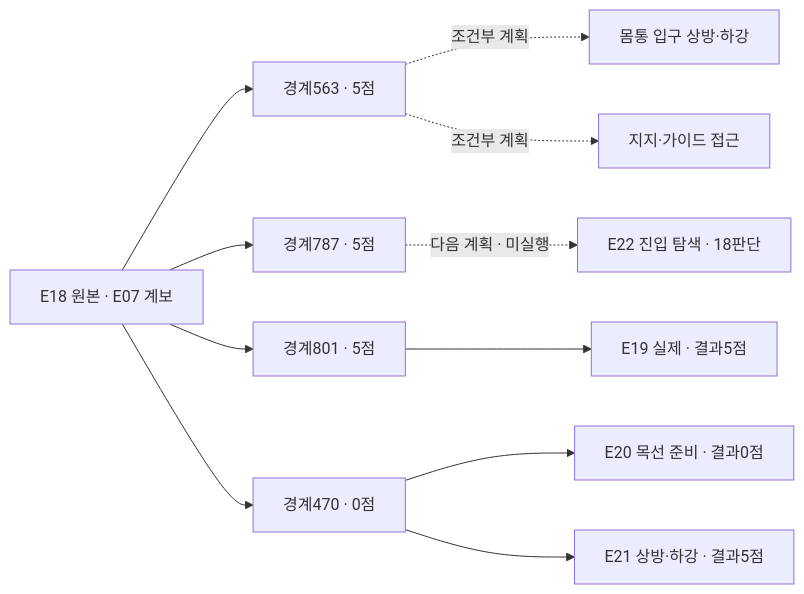
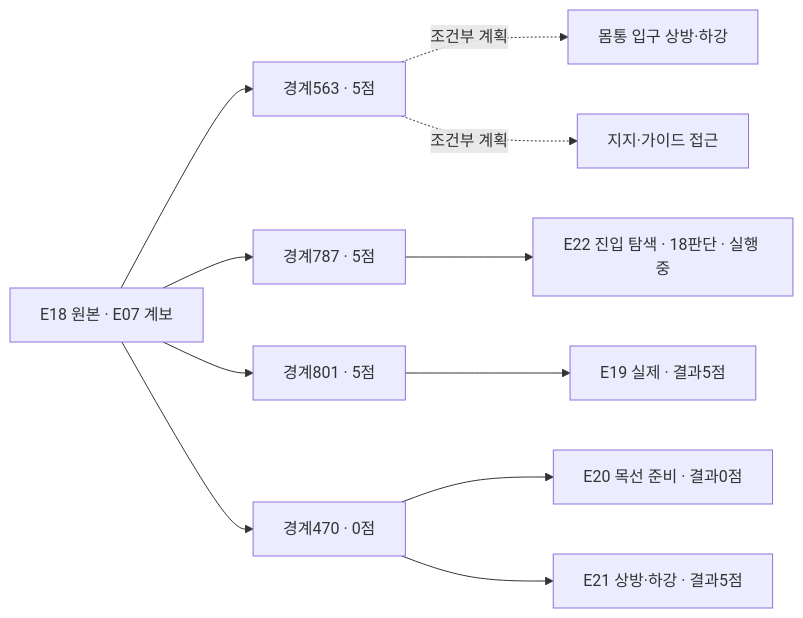
The diagram in docs/collection/catalog/README.ko.md (leonyoon-3dai/PhyRC_2027_phase1), drawn with Mermaid before and after one commit. The commit also changed other lines of this file and 7 other files, not shown here.

````diff
--- a/docs/collection/catalog/README.ko.md
+++ b/docs/collection/catalog/README.ko.md
@@ -25,13 +25,13 @@
 ```mermaid
 flowchart LR
   E18["E18 원본 · E07 계보"] --> P563["경계563 · 5점"]
   E18 --> P787["경계787 · 5점"]
   E18 --> P801["경계801 · 5점"]
   E18 --> P470["경계470 · 0점"]
   P563 -. "조건부 계획" .-> O["몸통 입구 상방·하강"]
   P563 -. "조건부 계획" .-> G["지지·가이드 접근"]
   P801 --> E19["E19 실제 · 결과5점"]
   P470 --> E20["E20 목선 준비 · 결과0점"]
   P470 --> E21["E21 상방·하강 · 결과5점"]
-  P787 -. "다음 계획 · 미실행" .-> E22["E22 진입 탐색 · 18판단"]
+  P787 --> E22["E22 진입 탐색 · 18판단 · 실행 중"]
 ```
````
